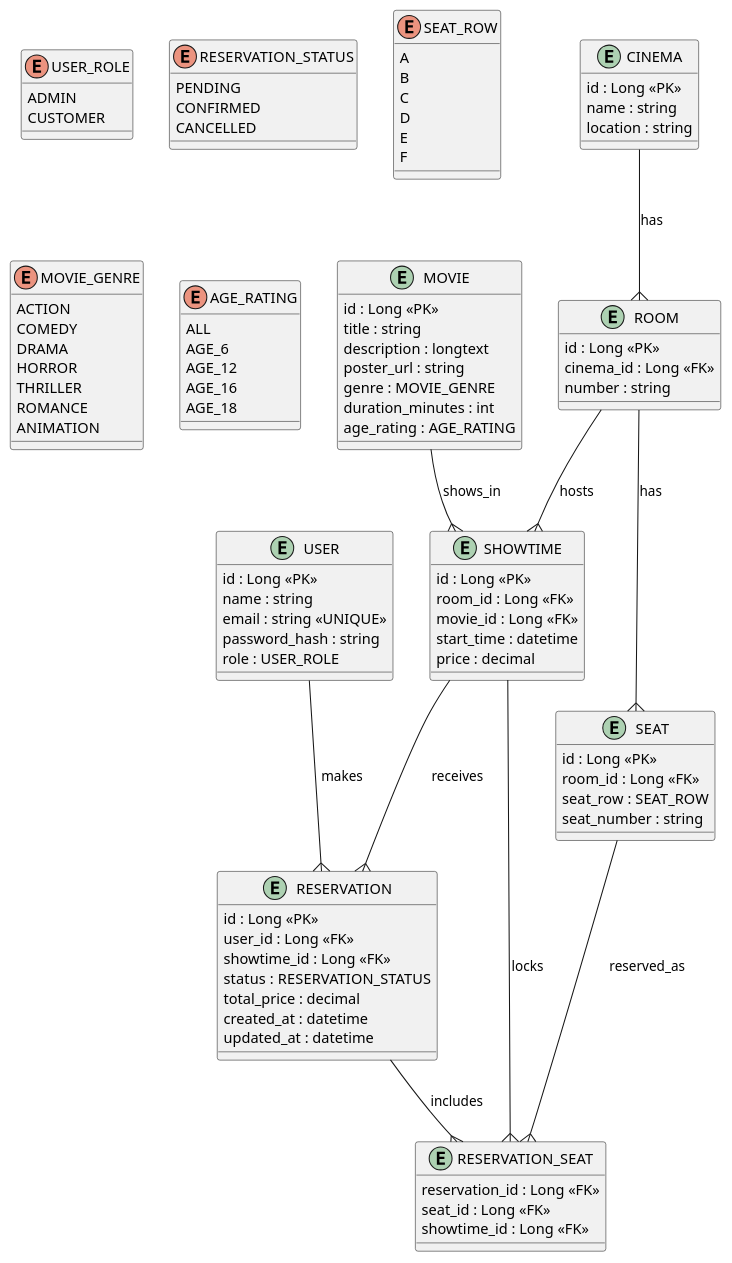
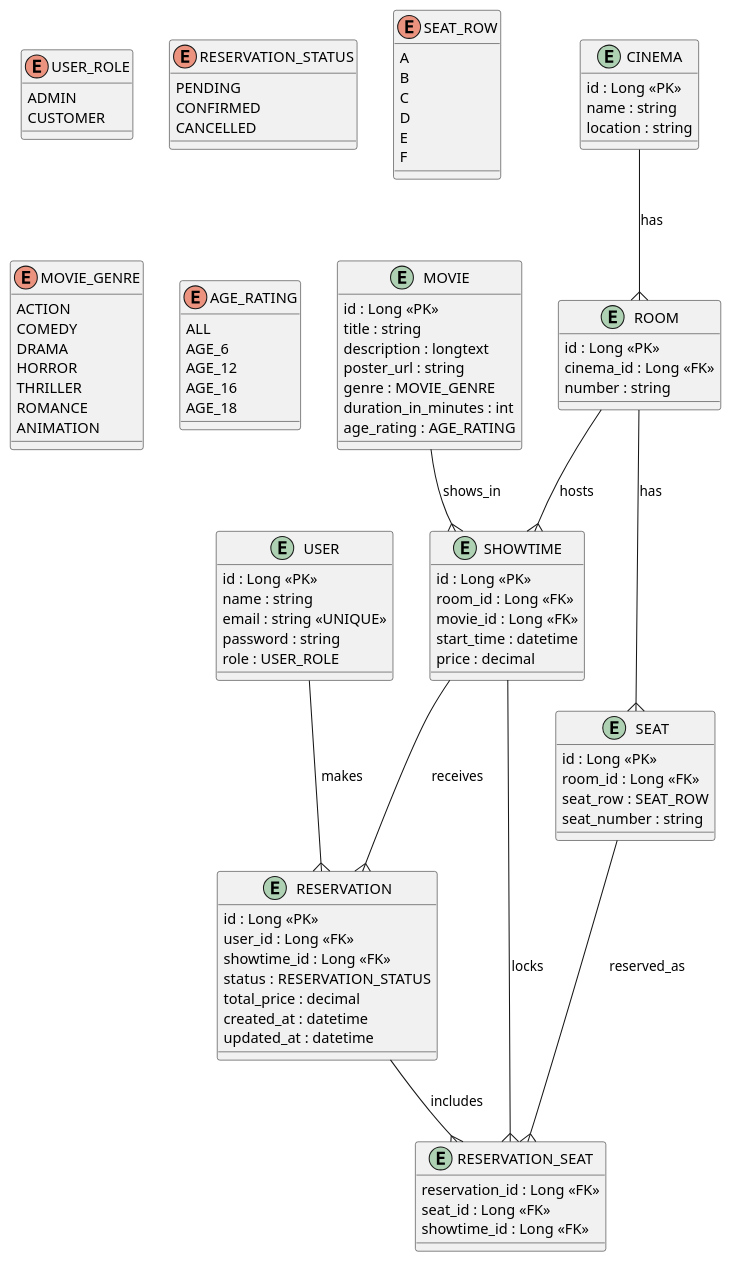
Before and after one commit to hugobumba/cinema-system: the diagram in docs/class-diagram..puml, drawn with PlantUML. The commit also changed 2 other files, not shown here.

```diff
--- a/docs/class-diagram..puml
+++ b/docs/class-diagram..puml
@@ -1,116 +1,116 @@
 @startuml
 
 enum USER_ROLE {
     ADMIN
     CUSTOMER
 }
 
 enum RESERVATION_STATUS {
     PENDING
     CONFIRMED
     CANCELLED
 }
 
 enum SEAT_ROW {
     A
     B
     C
     D
     E
     F
 }
 
 enum MOVIE_GENRE {
     ACTION
     COMEDY
     DRAMA
     HORROR
     THRILLER
     ROMANCE
     ANIMATION
 }
 
 enum AGE_RATING {
     ALL
     AGE_6
     AGE_12
     AGE_16
     AGE_18
 }
 
 
 
 entity USER {
     id : Long <<PK>>
     name : string
     email : string <<UNIQUE>>
-    password_hash : string
+    password : string
     role : USER_ROLE
 }
 
 entity CINEMA {
     id : Long <<PK>>
     name : string
     location : string
 }
 
 entity ROOM {
     id : Long <<PK>>
     cinema_id : Long <<FK>>
     number : string
 }
 
 entity SEAT {
     id : Long <<PK>>
     room_id : Long <<FK>>
     seat_row : SEAT_ROW
     seat_number : string
 }
 
 entity MOVIE {
     id : Long <<PK>>
     title : string
     description : longtext
     poster_url : string
     genre : MOVIE_GENRE
-    duration_minutes : int
+    duration_in_minutes : int
     age_rating : AGE_RATING
 }
 
 entity SHOWTIME {
     id : Long <<PK>>
     room_id : Long <<FK>>
     movie_id : Long <<FK>>
     start_time : datetime
     price : decimal
 }
 
 entity RESERVATION {
     id : Long <<PK>>
     user_id : Long <<FK>>
     showtime_id : Long <<FK>>
     status : RESERVATION_STATUS
     total_price : decimal
     created_at : datetime
     updated_at : datetime
 }
 
 entity RESERVATION_SEAT {
     reservation_id : Long <<FK>>
     seat_id : Long <<FK>>
     showtime_id : Long <<FK>>
 }
 
 
 
 USER --{ RESERVATION : makes
 CINEMA --{ ROOM : has
 ROOM --{ SEAT : has
 ROOM --{ SHOWTIME : hosts
 MOVIE --{ SHOWTIME : shows_in
 SHOWTIME --{ RESERVATION : receives
 RESERVATION --{ RESERVATION_SEAT : includes
 SEAT --{ RESERVATION_SEAT : reserved_as
 SHOWTIME --{ RESERVATION_SEAT : locks
 
 @enduml
```
